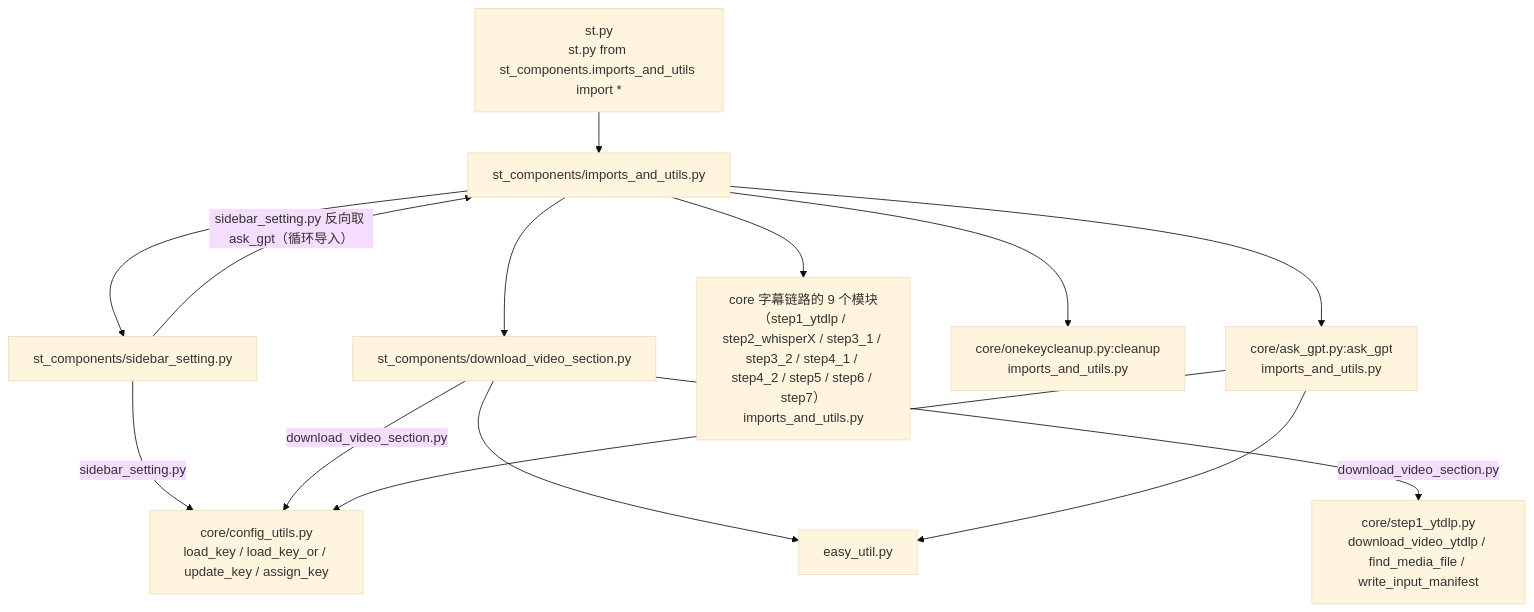
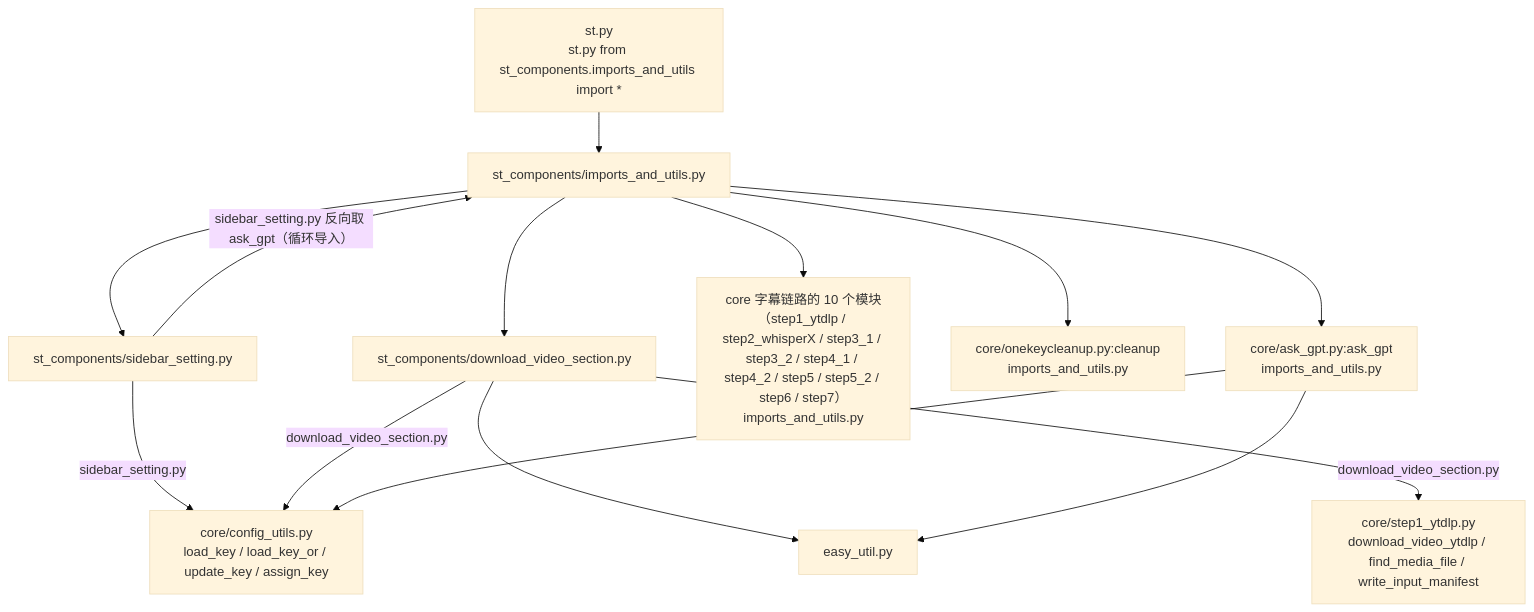
Before and after one commit to Brzjomo/VideoLingoMove: the first of 3 diagrams in devdocs/04-interfaces/02-Streamlit界面组件.md, drawn with Mermaid (base theme). The commit also changed other lines of this file and 12 other files, not shown here.

````diff
--- a/devdocs/04-interfaces/02-Streamlit界面组件.md
+++ b/devdocs/04-interfaces/02-Streamlit界面组件.md
@@ -72,27 +72,27 @@
 ```mermaid
 flowchart TD
  stpy["st.py<br/>st.py from st_components.imports_and_utils import *"]
  iu["st_components/imports_and_utils.py"]
  sb["st_components/sidebar_setting.py"]
  dv["st_components/download_video_section.py"]
  cfg["core/config_utils.py<br/>load_key / load_key_or / update_key / assign_key"]
  yt["core/step1_ytdlp.py<br/>download_video_ytdlp / find_media_file / write_input_manifest"]
  eu["easy_util.py"]
- steps["core 字幕链路的 9 个模块（step1_ytdlp / step2_whisperX / step3_1 / step3_2 / step4_1 / step4_2 / step5 / step6 / step7）<br/>imports_and_utils.py"]
+ steps["core 字幕链路的 10 个模块（step1_ytdlp / step2_whisperX / step3_1 / step3_2 / step4_1 / step4_2 / step5 / step5_2 / step6 / step7）<br/>imports_and_utils.py"]
  cl["core/onekeycleanup.py:cleanup<br/>imports_and_utils.py"]
  ag["core/ask_gpt.py:ask_gpt<br/>imports_and_utils.py"]
 
  stpy --> iu
  iu --> steps
  iu --> cl
  iu --> ag
  iu --> dv
  iu --> sb
  sb -->|"sidebar_setting.py"| cfg
  sb -->|"sidebar_setting.py 反向取 ask_gpt（循环导入）"| iu
  dv -->|"download_video_section.py"| cfg
  dv -->|"download_video_section.py"| yt
  dv --> eu
  ag --> cfg
  ag --> eu
 ```
````
